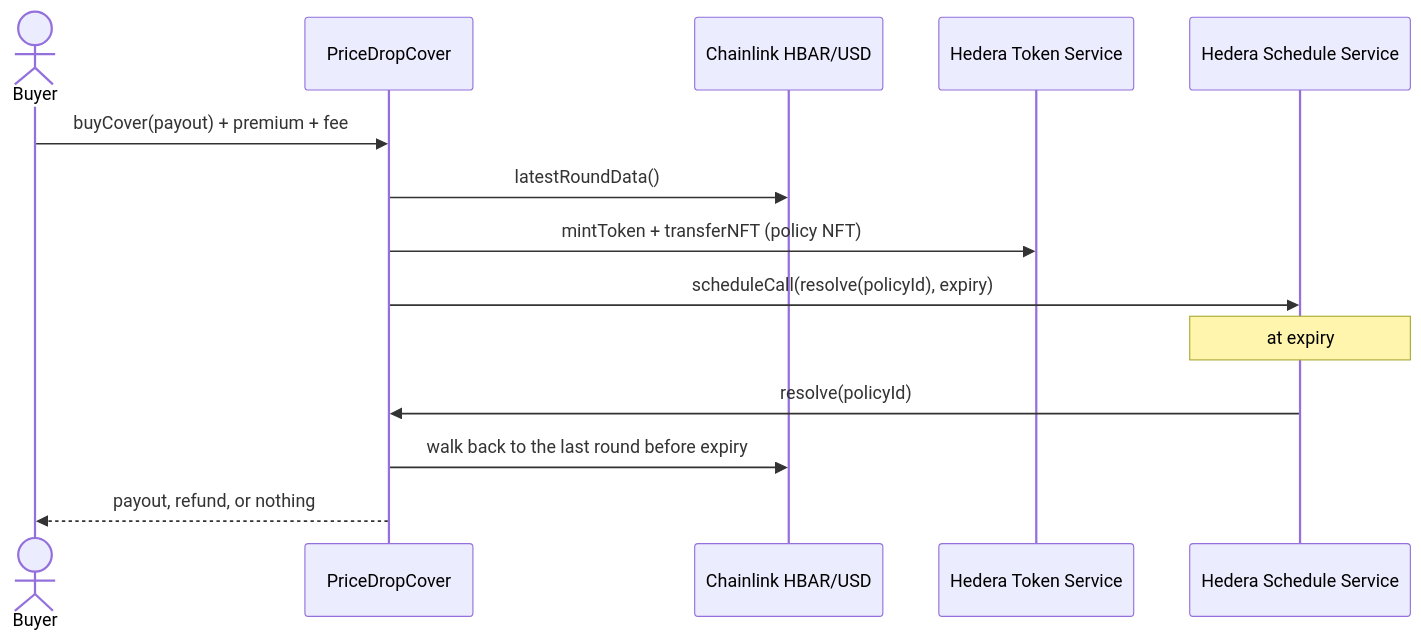
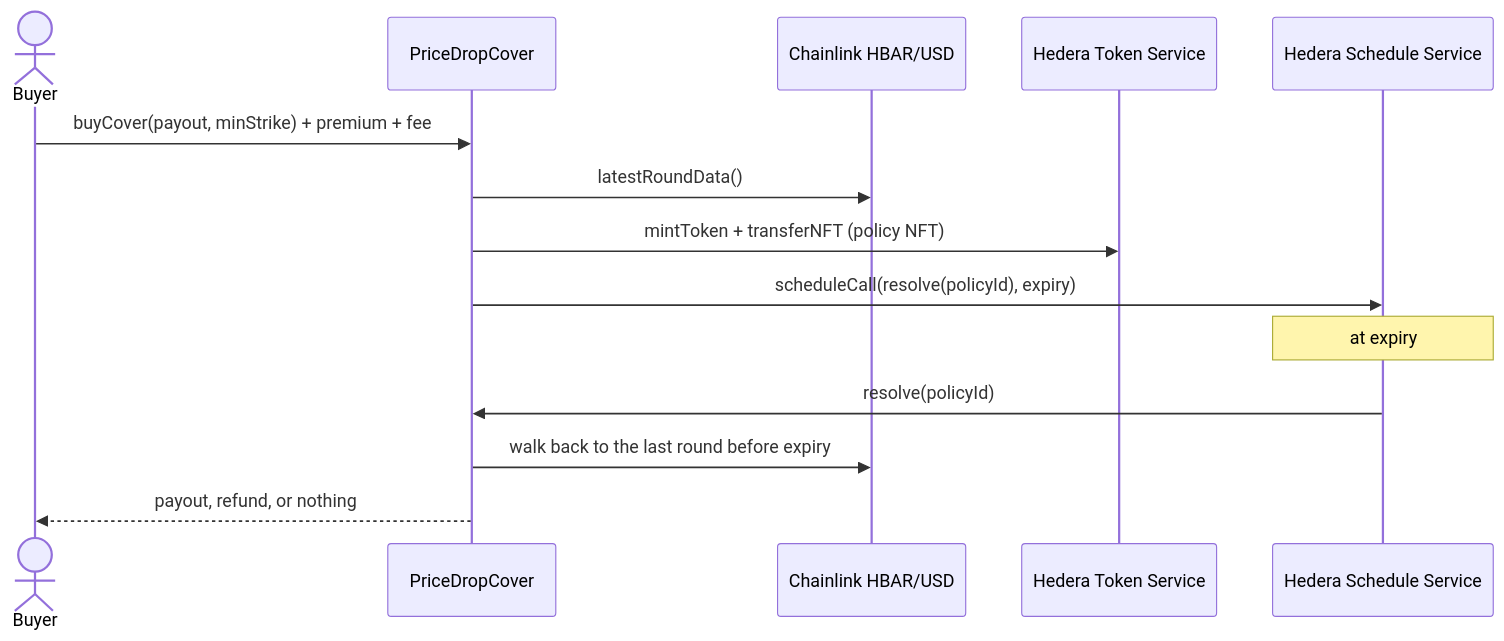
One commit to TheYukiKawata/hbar-price-drop-cover changed the diagram in README.md. Above: the diagram before and after it, drawn with Mermaid. The commit also changed other lines of this file and 10 other files, not shown here.

````diff
--- a/README.md
+++ b/README.md
@@ -37,16 +37,16 @@
 ```mermaid
 sequenceDiagram
     actor Buyer
     participant Cover as PriceDropCover
     participant Feed as Chainlink HBAR/USD
     participant HTS as Hedera Token Service
     participant HSS as Hedera Schedule Service
-    Buyer->>Cover: buyCover(payout) + premium + fee
+    Buyer->>Cover: buyCover(payout, minStrike) + premium + fee
     Cover->>Feed: latestRoundData()
     Cover->>HTS: mintToken + transferNFT (policy NFT)
     Cover->>HSS: scheduleCall(resolve(policyId), expiry)
     Note over HSS: at expiry
     HSS->>Cover: resolve(policyId)
     Cover->>Feed: walk back to the last round before expiry
     Cover-->>Buyer: payout, refund, or nothing
 ```
````
